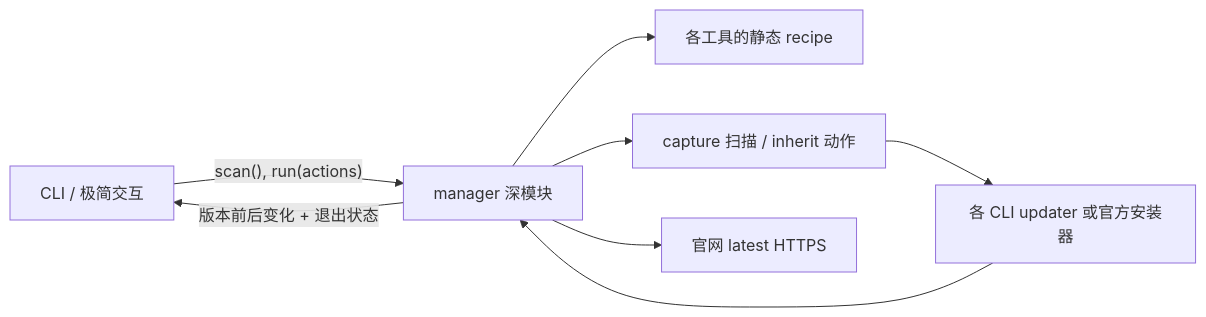
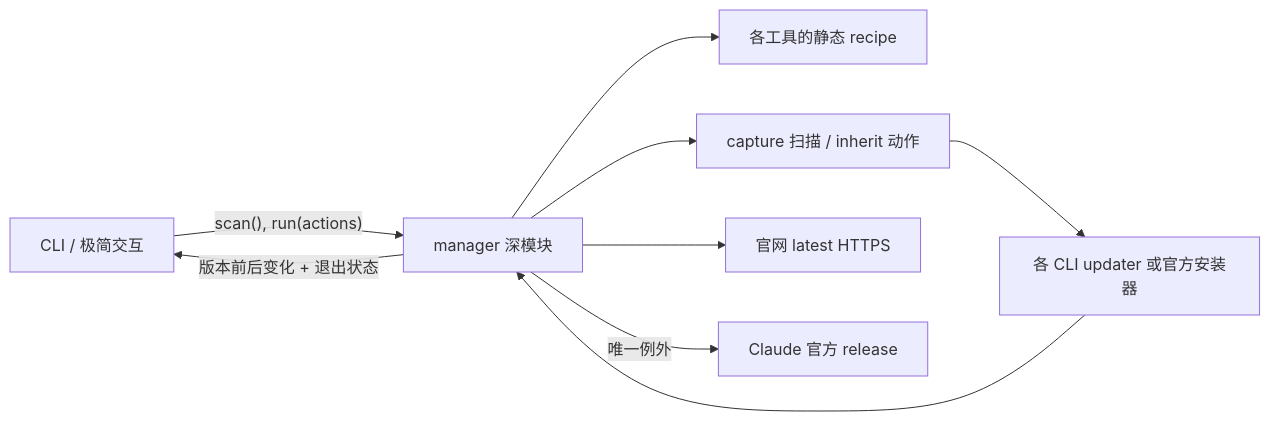
The diagram in apps/ai-cli-manager/docs/design/simplified-architecture.md (gitboy808/command-foundry), drawn with Mermaid before and after one commit. The commit also changed other lines of this file and 4 other files, not shown here.

First line of the commit message:
feat(ai-cli-manager): 支持 Claude native 直连更新

````diff
--- a/apps/ai-cli-manager/docs/design/simplified-architecture.md
+++ b/apps/ai-cli-manager/docs/design/simplified-architecture.md
@@ -125,10 +76,11 @@
 ```mermaid
 flowchart LR
   CLI["CLI / 极简交互"] -->|"scan(), run(actions)"| Manager["manager 深模块"]
   Manager --> Catalog["各工具的静态 recipe"]
   Manager --> Runner["capture 扫描 / inherit 动作"]
   Manager --> Latest["官网 latest HTTPS"]
+  Manager -->|"唯一例外"| ClaudeRelease["Claude 官方 release"]
   Runner --> Upstream["各 CLI updater 或官方安装器"]
   Upstream --> Manager
   Manager -->|"版本前后变化 + 退出状态"| CLI
 ```
````
